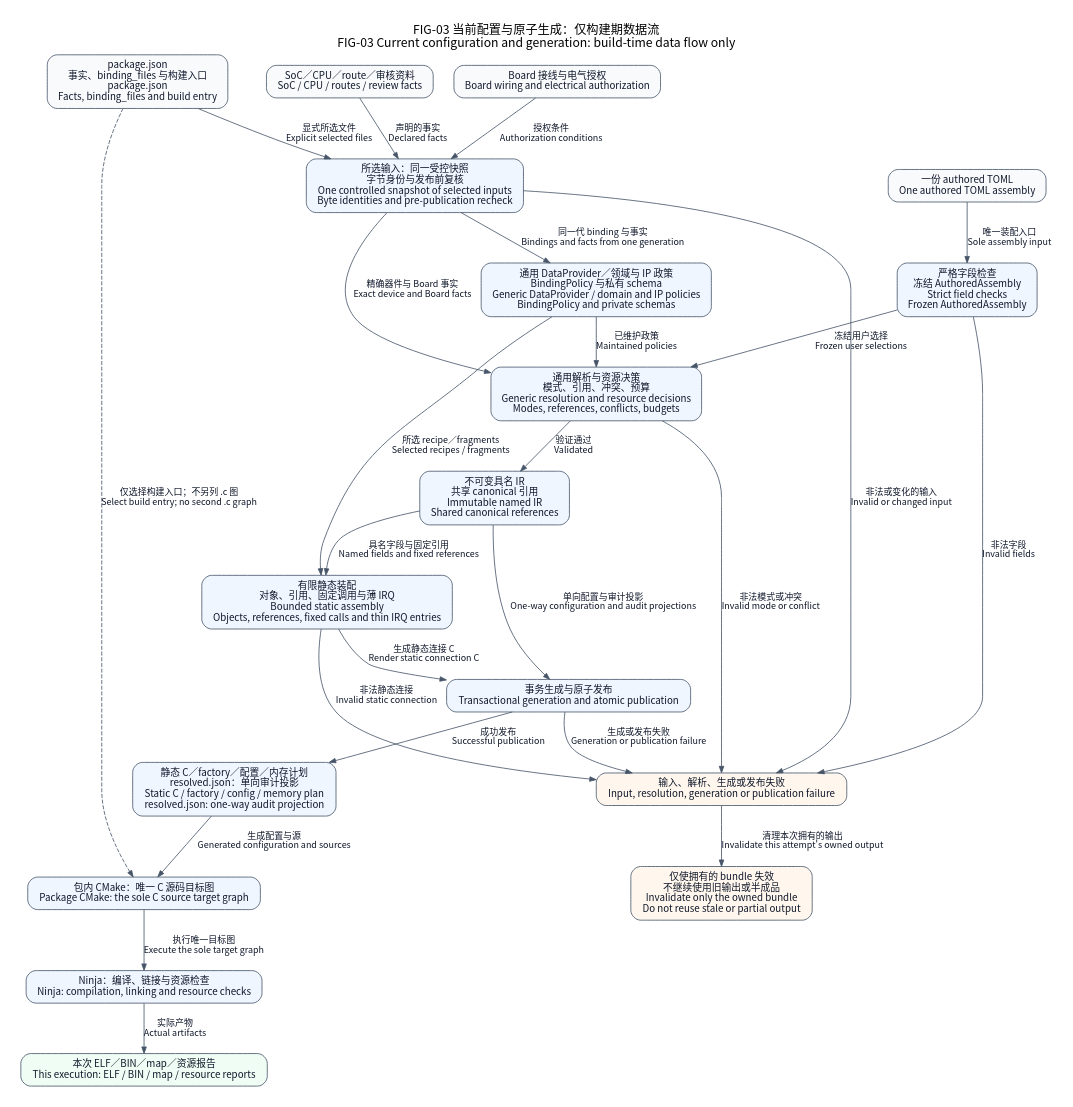
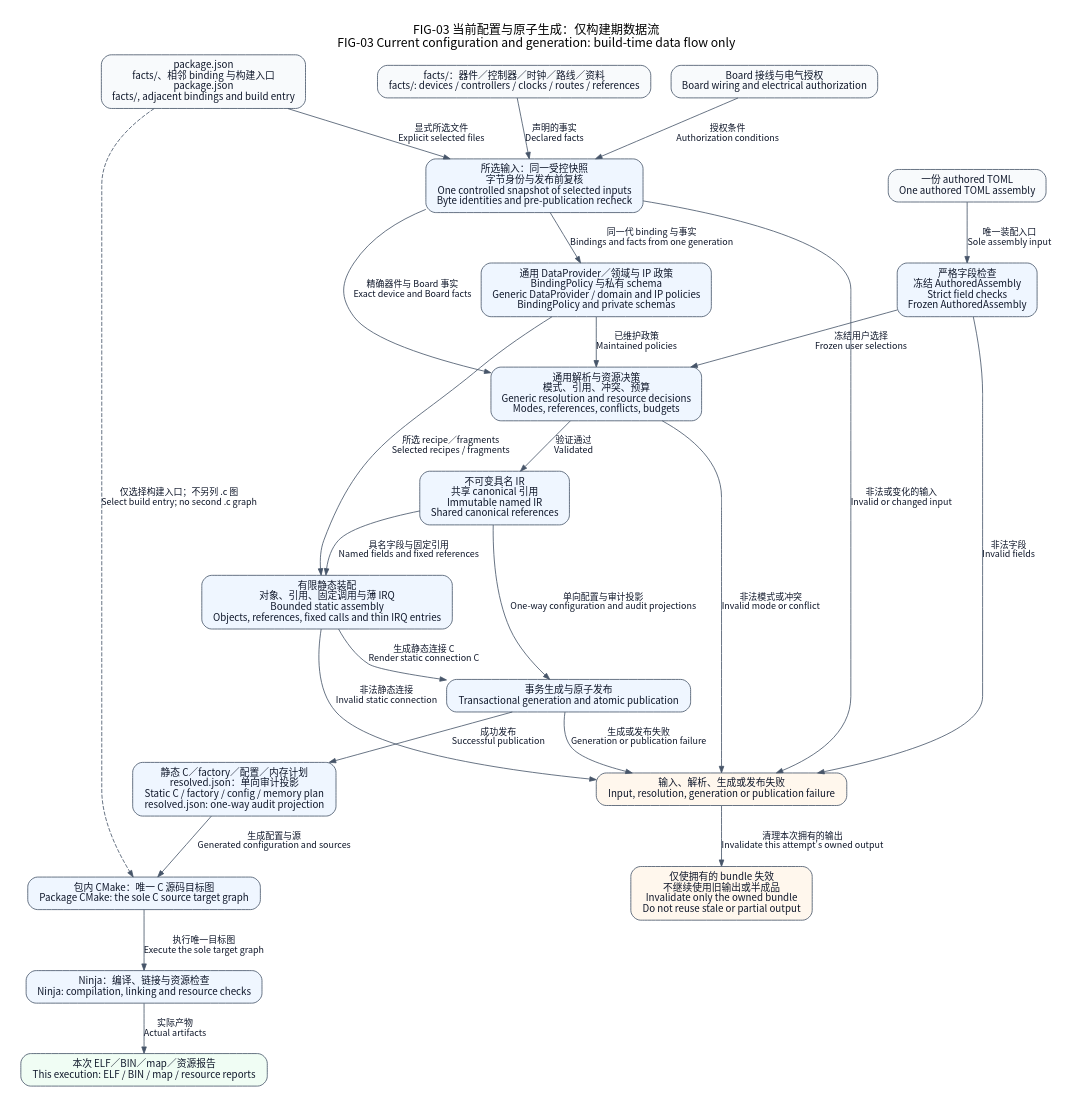
One commit to X-Gen-Lab/nexus changed the diagram in docs/assets/diagrams/configuration-generation.dot. Above: the diagram before and after it, drawn with Graphviz. The commit also changed 935 other files, not shown here.

Commit message:
refactor(soc): organize STM32F4 package by responsibility

```diff
--- a/docs/assets/diagrams/configuration-generation.dot
+++ b/docs/assets/diagrams/configuration-generation.dot
@@ -1,48 +1,48 @@
 // Current scoped view. Build-time arrows and runtime calls are labeled explicitly.
 // Code basis: tools/configure/packages.py; data_provider.py; domain_policies.py; package_policy.py; ir.py; static_recipe.py; bundle.py; cmake/platform/Configure.cmake
 digraph ConfigurationGeneration {
     graph [label="FIG-03 当前配置与原子生成：仅构建期数据流\nFIG-03 Current configuration and generation: build-time data flow only", rankdir=TB, bgcolor="white", pad=0.25, nodesep=0.35, ranksep=0.52, fontname="Noto Sans CJK SC", fontsize=15, labelloc=t];
     node [shape=box, style="rounded,filled", fillcolor="#eff6ff", color="#475569", fontcolor="#0f172a", fontname="Noto Sans CJK SC", fontsize=12, margin="0.16,0.10"];
     edge [color="#475569", fontcolor="#0f172a", fontname="Noto Sans CJK SC", fontsize=11, arrowsize=0.8];
     assembly [label="一份 authored TOML\nOne authored TOML assembly", fillcolor="#f8fafc"];
-    package [label="package.json\n事实、binding_files 与构建入口\npackage.json\nFacts, binding_files and build entry", fillcolor="#f8fafc"];
-    socFacts [label="SoC／CPU／route／审核资料\nSoC / CPU / routes / review facts", fillcolor="#f8fafc"];
+    package [label="package.json\nfacts/、相邻 binding 与构建入口\npackage.json\nfacts/, adjacent bindings and build entry", fillcolor="#f8fafc"];
+    socFacts [label="facts/：器件／控制器／时钟／路线／资料\nfacts/: devices / controllers / clocks / routes / references", fillcolor="#f8fafc"];
     boardFacts [label="Board 接线与电气授权\nBoard wiring and electrical authorization", fillcolor="#f8fafc"];
     authored [label="严格字段检查\n冻结 AuthoredAssembly\nStrict field checks\nFrozen AuthoredAssembly"];
     reader [label="所选输入：同一受控快照\n字节身份与发布前复核\nOne controlled snapshot of selected inputs\nByte identities and pre-publication recheck"];
     policies [label="通用 DataProvider／领域与 IP 政策\nBindingPolicy 与私有 schema\nGeneric DataProvider / domain and IP policies\nBindingPolicy and private schemas"];
     resolver [label="通用解析与资源决策\n模式、引用、冲突、预算\nGeneric resolution and resource decisions\nModes, references, conflicts, budgets"];
     typedIr [label="不可变具名 IR\n共享 canonical 引用\nImmutable named IR\nShared canonical references"];
     construction [label="有限静态装配\n对象、引用、固定调用与薄 IRQ\nBounded static assembly\nObjects, references, fixed calls and thin IRQ entries"];
     bundle [label="事务生成与原子发布\nTransactional generation and atomic publication"];
     outputs [label="静态 C／factory／配置／内存计划\nresolved.json：单向审计投影\nStatic C / factory / config / memory plan\nresolved.json: one-way audit projection"];
     targets [label="包内 CMake：唯一 C 源码目标图\nPackage CMake: the sole C source target graph"];
     ninja [label="Ninja：编译、链接与资源检查\nNinja: compilation, linking and resource checks"];
     firmware [label="本次 ELF／BIN／map／资源报告\nThis execution: ELF / BIN / map / resource reports", fillcolor="#f0fdf4"];
     rejected [label="输入、解析、生成或发布失败\nInput, resolution, generation or publication failure", fillcolor="#fff7ed"];
     invalidated [label="仅使拥有的 bundle 失效\n不继续使用旧输出或半成品\nInvalidate only the owned bundle\nDo not reuse stale or partial output", fillcolor="#fff7ed"];
     assembly -> authored [label="唯一装配入口\nSole assembly input"];
     package -> reader [label="显式所选文件\nExplicit selected files"];
     socFacts -> reader [label="声明的事实\nDeclared facts"];
     boardFacts -> reader [label="授权条件\nAuthorization conditions"];
     reader -> policies [label="同一代 binding 与事实\nBindings and facts from one generation"];
     reader -> resolver [label="精确器件与 Board 事实\nExact device and Board facts"];
     authored -> resolver [label="冻结用户选择\nFrozen user selections"];
     policies -> resolver [label="已维护政策\nMaintained policies"];
     resolver -> typedIr [label="验证通过\nValidated"];
     typedIr -> construction [label="具名字段与固定引用\nNamed fields and fixed references"];
     policies -> construction [label="所选 recipe／fragments\nSelected recipes / fragments"];
     construction -> bundle [label="生成静态连接 C\nRender static connection C"];
     typedIr -> bundle [label="单向配置与审计投影\nOne-way configuration and audit projections"];
     bundle -> outputs [label="成功发布\nSuccessful publication"];
     outputs -> targets [label="生成配置与源\nGenerated configuration and sources"];
     package -> targets [label="仅选择构建入口；不另列 .c 图\nSelect build entry; no second .c graph", style=dashed];
     targets -> ninja [label="执行唯一目标图\nExecute the sole target graph"];
     ninja -> firmware [label="实际产物\nActual artifacts"];
     authored -> rejected [label="非法字段\nInvalid fields"];
     reader -> rejected [label="非法或变化的输入\nInvalid or changed input"];
     resolver -> rejected [label="非法模式或冲突\nInvalid mode or conflict"];
     construction -> rejected [label="非法静态连接\nInvalid static connection"];
     bundle -> rejected [label="生成或发布失败\nGeneration or publication failure"];
     rejected -> invalidated [label="清理本次拥有的输出\nInvalidate this attempt's owned output"];
 }
```
